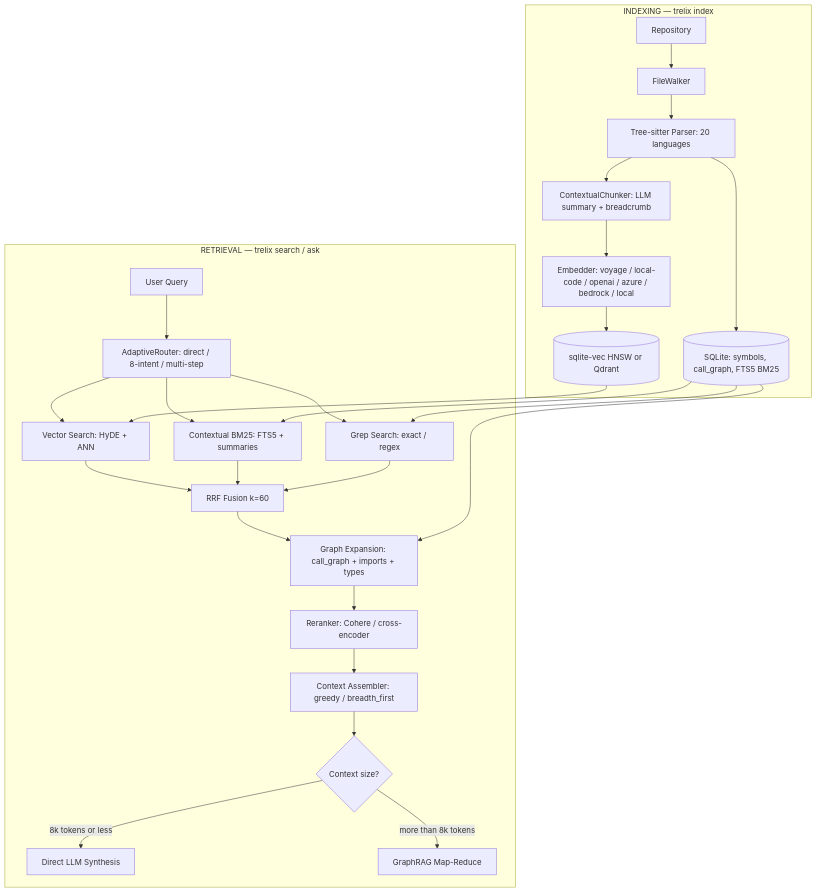
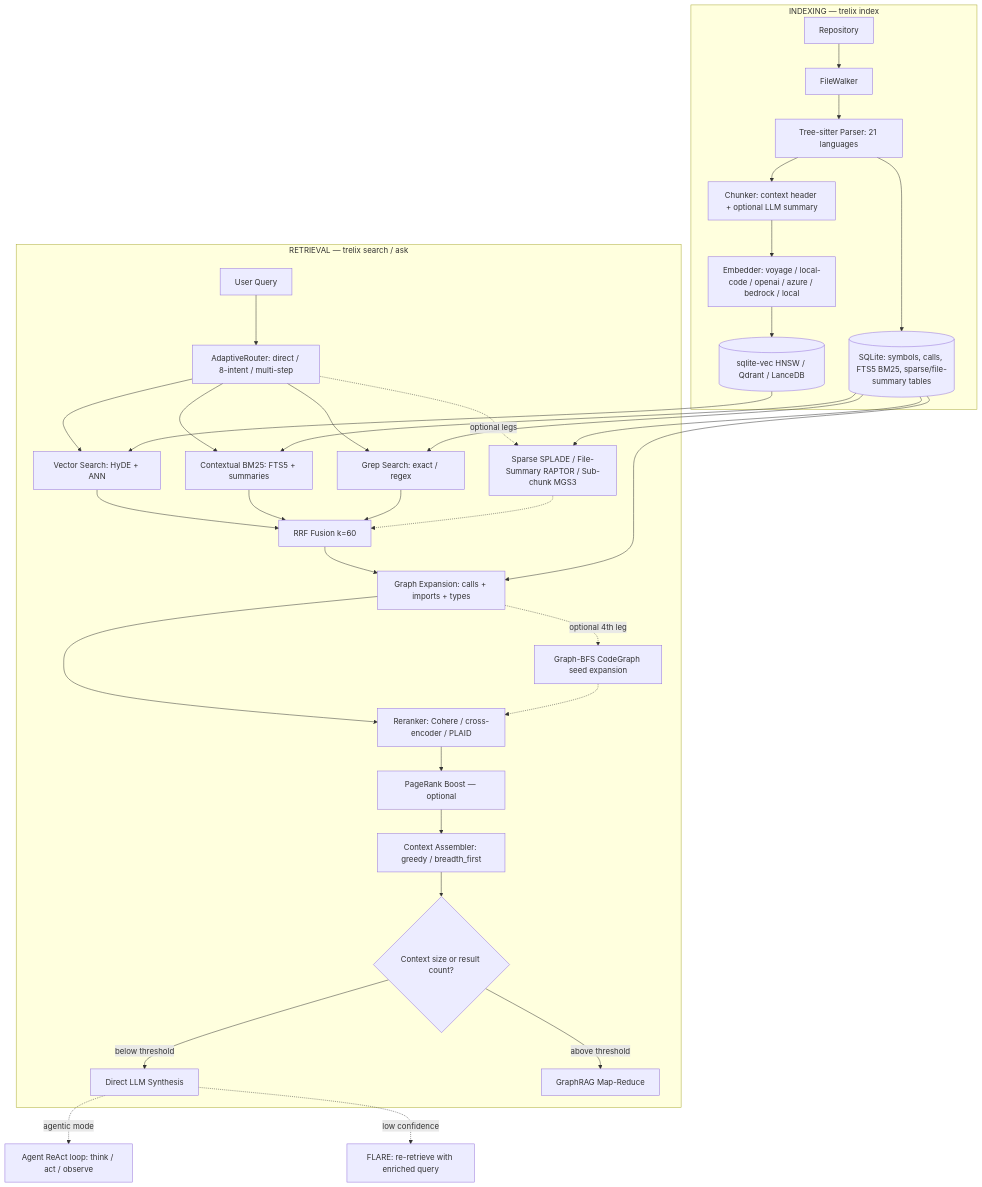
The diagram in README.md (sairam0424/trelix), drawn with Mermaid before and after one commit. The commit also changed other lines of this file, not shown here.

````diff
--- a/README.md
+++ b/README.md
@@ -701,32 +533,41 @@
 ```mermaid
 flowchart TD
     subgraph INDEXING["INDEXING — trelix index"]
         A[Repository] --> B[FileWalker]
-        B --> C[Tree-sitter Parser: 20 languages]
-        C --> D[ContextualChunker: LLM summary + breadcrumb]
+        B --> C[Tree-sitter Parser: 21 languages]
+        C --> D[Chunker: context header + optional LLM summary]
         D --> E[Embedder: voyage / local-code / openai / azure / bedrock / local]
-        E --> F[(sqlite-vec HNSW or Qdrant)]
-        C --> G[(SQLite: symbols, call_graph, FTS5 BM25)]
+        E --> F[(sqlite-vec HNSW / Qdrant / LanceDB)]
+        C --> G[(SQLite: symbols, calls, FTS5 BM25, sparse/file-summary tables)]
     end
 
     subgraph RETRIEVAL["RETRIEVAL — trelix search / ask"]
         H[User Query] --> I[AdaptiveRouter: direct / 8-intent / multi-step]
         I --> J[Vector Search: HyDE + ANN]
         I --> K[Contextual BM25: FTS5 + summaries]
         I --> L[Grep Search: exact / regex]
+        I -.->|optional legs| L2[Sparse SPLADE / File-Summary RAPTOR / Sub-chunk MGS3]
         J --> M[RRF Fusion k=60]
         K --> M
         L --> M
-        M --> N[Graph Expansion: call_graph + imports + types]
-        N --> O[Reranker: Cohere / cross-encoder]
-        O --> P[Context Assembler: greedy / breadth_first]
-        P --> Q{Context size?}
-        Q -->|8k tokens or less| R[Direct LLM Synthesis]
-        Q -->|more than 8k tokens| S[GraphRAG Map-Reduce]
+        L2 -.-> M
+        M --> N[Graph Expansion: calls + imports + types]
+        N -.->|optional 4th leg| N2[Graph-BFS CodeGraph seed expansion]
+        N --> O[Reranker: Cohere / cross-encoder / PLAID]
+        N2 -.-> O
+        O --> P2[PageRank Boost — optional]
+        P2 --> P[Context Assembler: greedy / breadth_first]
+        P --> Q{Context size or result count?}
+        Q -->|below threshold| R[Direct LLM Synthesis]
+        Q -->|above threshold| S[GraphRAG Map-Reduce]
     end
 
     F --> J
     G --> K
     G --> L
+    G --> L2
     G --> N
+
+    R -.->|agentic mode| T[Agent ReAct loop: think / act / observe]
+    R -.->|low confidence| U[FLARE: re-retrieve with enriched query]
 ```
````
